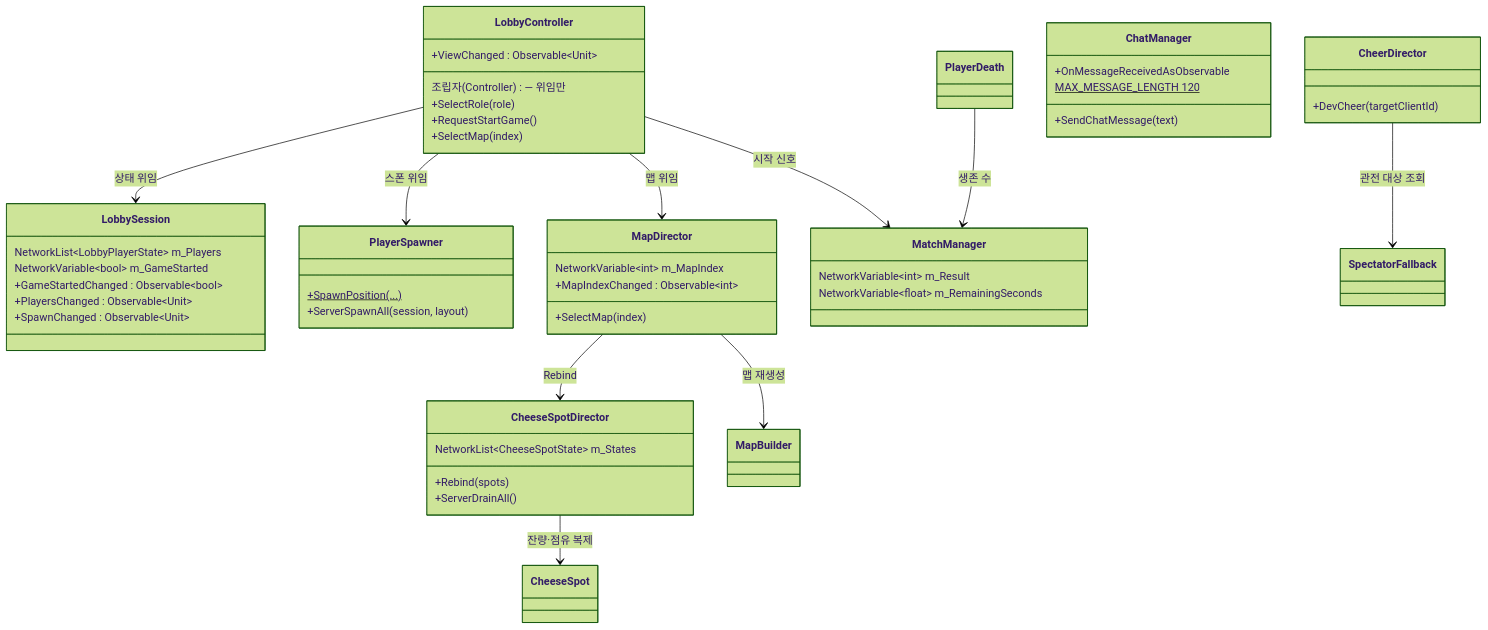
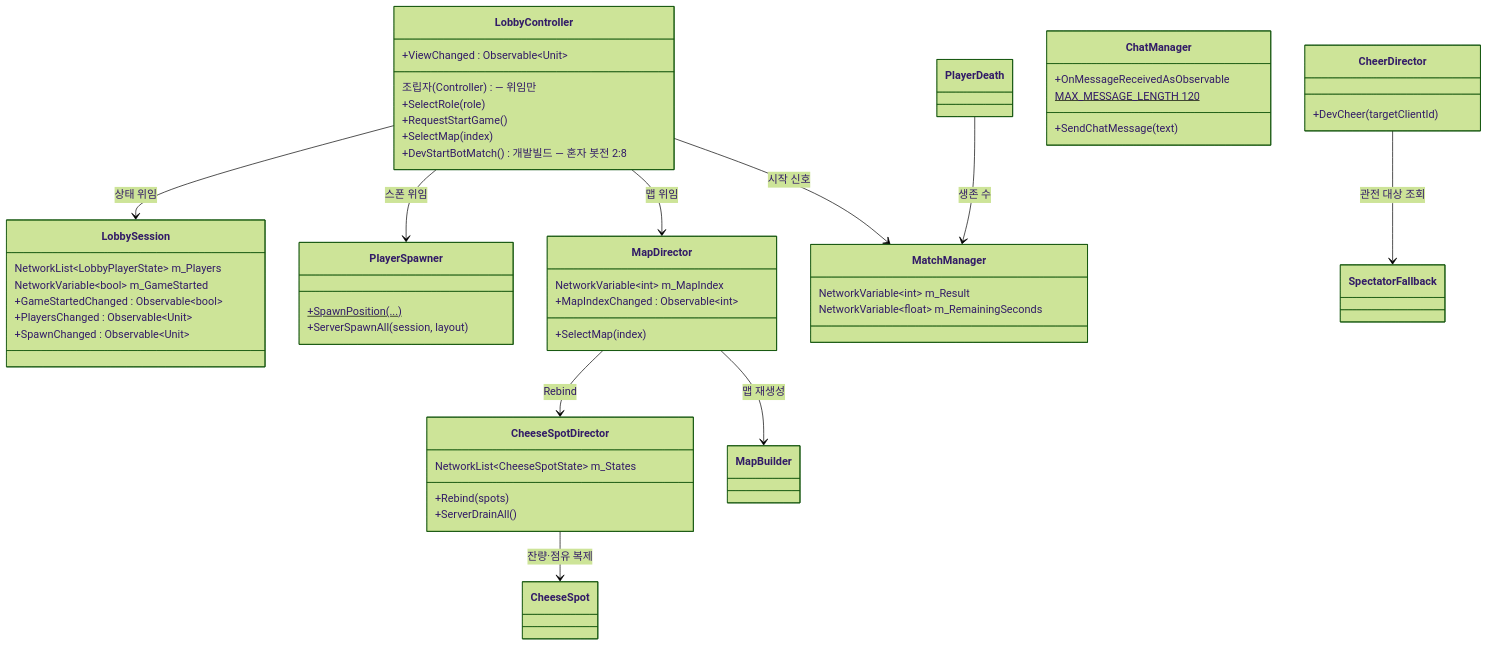
Before and after one commit to JeahanPark/The-Cheese-Thief-and-the-Cat: the fifth of 17 diagrams in CTC/docs/design-vault/코드 다이어그램.md, drawn with Mermaid (forest theme). The commit also changed 11 other files, not shown here.

````diff
--- a/CTC/docs/design-vault/코드 다이어그램.md
+++ b/CTC/docs/design-vault/코드 다이어그램.md
@@ -83,55 +83,56 @@
 ```mermaid
 classDiagram
     direction TB
 
     class LobbyController {
         조립자(Controller) — 위임만
         +SelectRole(role)
         +RequestStartGame()
         +SelectMap(index)
+        +DevStartBotMatch() 개발빌드 — 혼자 봇전 2:8
         +ViewChanged : Observable~Unit~
     }
     class LobbySession {
         NetworkList~LobbyPlayerState~ m_Players
         NetworkVariable~bool~ m_GameStarted
         +GameStartedChanged : Observable~bool~
         +PlayersChanged : Observable~Unit~
         +SpawnChanged : Observable~Unit~
     }
     class PlayerSpawner {
         +SpawnPosition(...)$
         +ServerSpawnAll(session, layout)
     }
     class MapDirector {
         NetworkVariable~int~ m_MapIndex
         +SelectMap(index)
         +MapIndexChanged : Observable~int~
     }
     class MatchManager {
         NetworkVariable~int~ m_Result
         NetworkVariable~float~ m_RemainingSeconds
     }
     class CheeseSpotDirector {
         NetworkList~CheeseSpotState~ m_States
         +Rebind(spots)
         +ServerDrainAll()
     }
     class CheerDirector {
         +DevCheer(targetClientId)
     }
     class ChatManager {
         +SendChatMessage(text)
         +OnMessageReceivedAsObservable
         MAX_MESSAGE_LENGTH 120$
     }
 
     LobbyController --> LobbySession : 상태 위임
     LobbyController --> PlayerSpawner : 스폰 위임
     LobbyController --> MapDirector : 맵 위임
     LobbyController --> MatchManager : 시작 신호
     MapDirector --> MapBuilder : 맵 재생성
     MapDirector --> CheeseSpotDirector : Rebind
     CheeseSpotDirector --> CheeseSpot : 잔량·점유 복제
     PlayerDeath --> MatchManager : 생존 수
     CheerDirector --> SpectatorFallback : 관전 대상 조회
 ```
````
